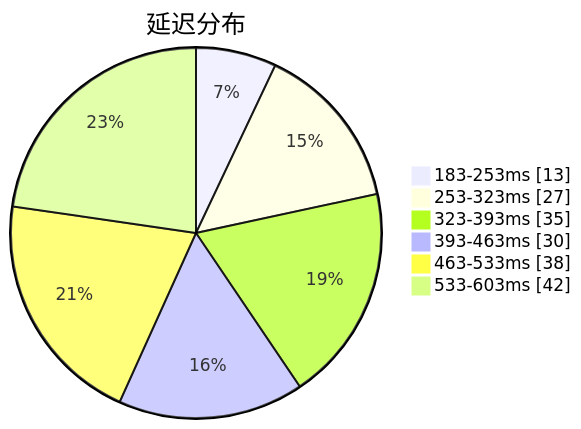
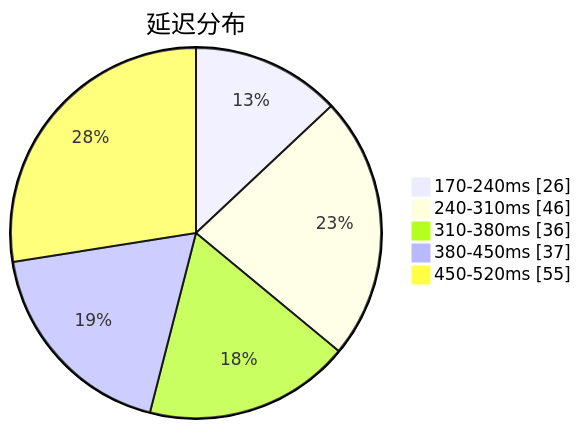
The first of 3 diagrams in subs/statistics/tested_within.md (qjlxg/airport), drawn with Mermaid before and after one commit. The commit also changed other lines of this file and 2 other files, not shown here.

````diff
--- a/subs/statistics/tested_within.md
+++ b/subs/statistics/tested_within.md
@@ -2,10 +2,9 @@
 ```mermaid
 pie showData
 title 延迟分布
-"183-253ms" : 13
-"253-323ms" : 27
-"323-393ms" : 35
-"393-463ms" : 30
-"463-533ms" : 38
-"533-603ms" : 42
+"170-240ms" : 26
+"240-310ms" : 46
+"310-380ms" : 36
+"380-450ms" : 37
+"450-520ms" : 55
 ```
````
